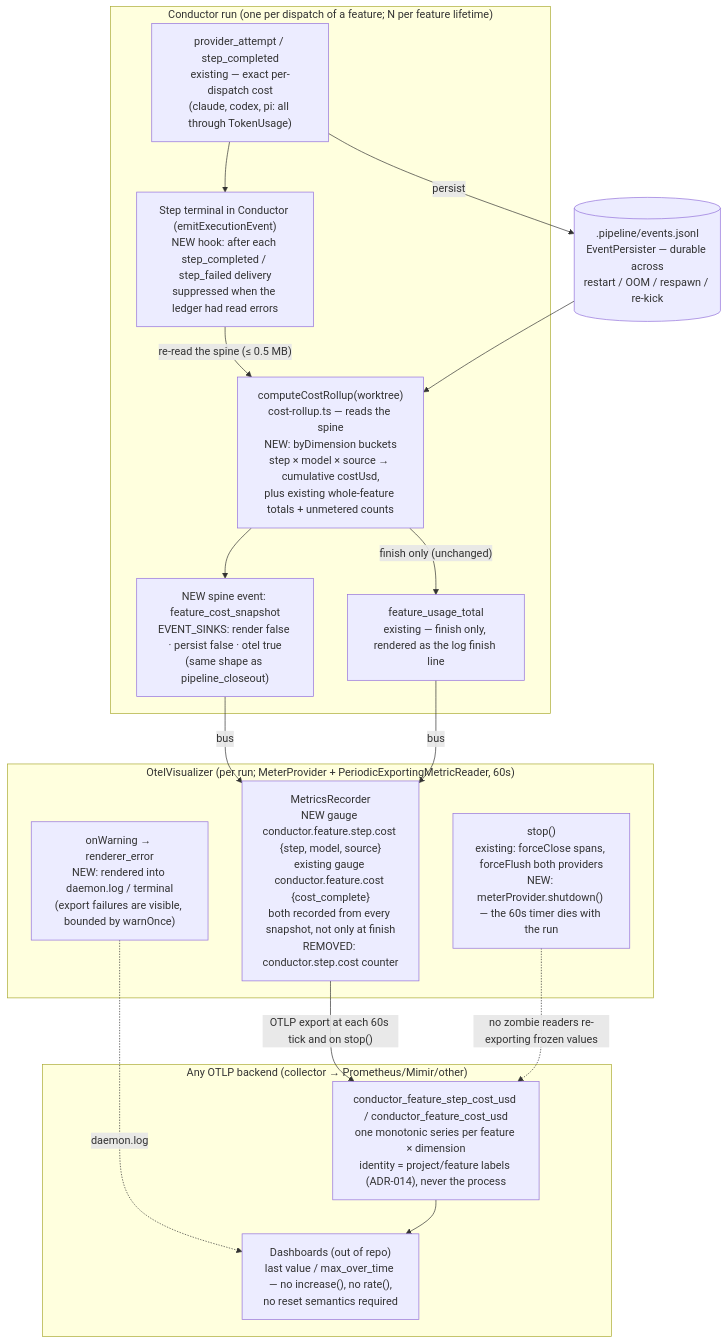
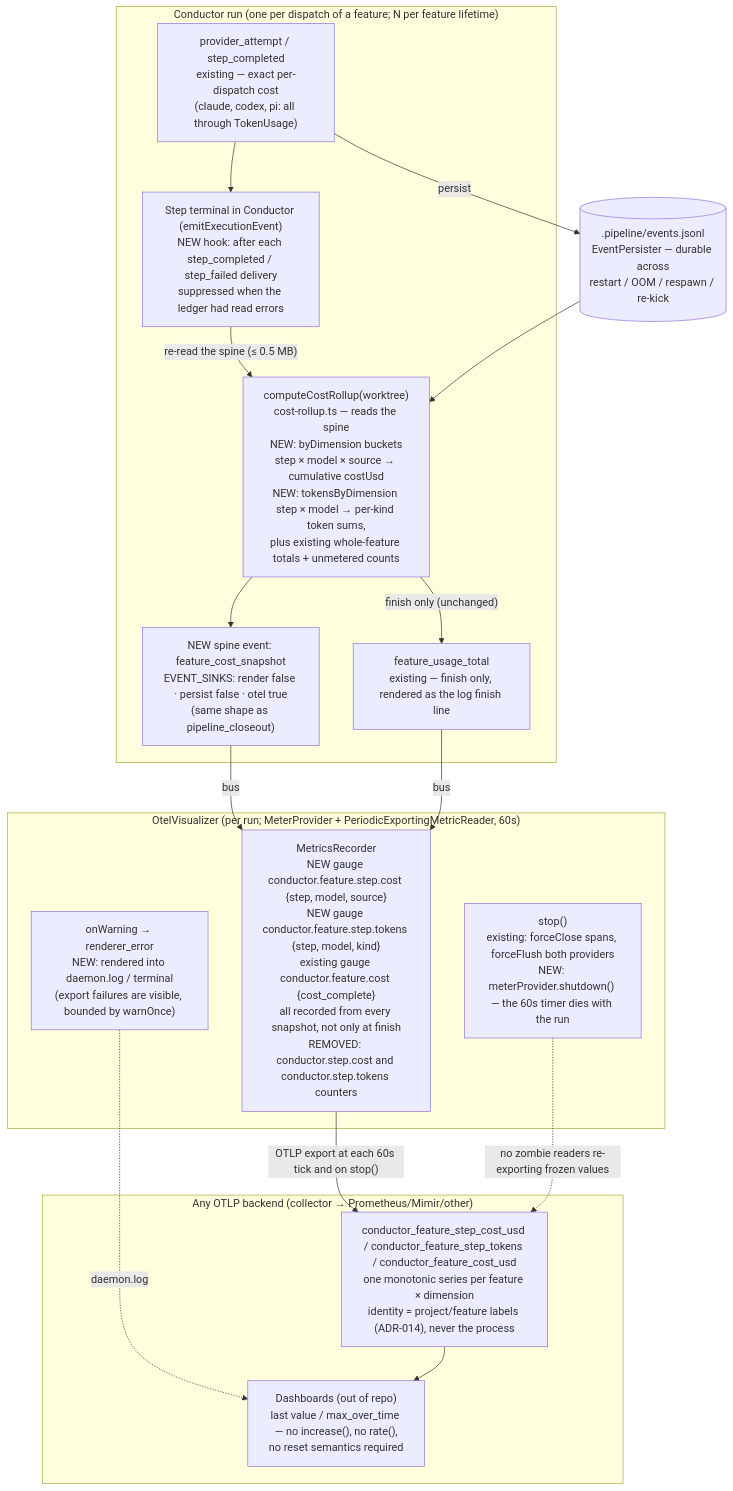
Before and after one commit to jstoup111/ai-conductor: the first of 2 diagrams in .docs/architecture/exported-step-cost-under-records-spend-20x-so-ever.md, drawn with Mermaid. The commit also changed other lines of this file and 7 other files, not shown here.

First line of the commit message:
spec: extend #2095 to token counts — tokensByDimension snapshot, conductor.feature.step.tokens gauge, step.tokens counter removed

````diff
--- a/.docs/architecture/exported-step-cost-under-records-spend-20x-so-ever.md
+++ b/.docs/architecture/exported-step-cost-under-records-spend-20x-so-ever.md
@@ -13,36 +13,36 @@
 ```mermaid
 graph TD
     subgraph Engine["Conductor run (one per dispatch of a feature; N per feature lifetime)"]
         PA["provider_attempt / step_completed<br/>existing — exact per-dispatch cost<br/>(claude, codex, pi: all through TokenUsage)"]
         SETTLE["Step terminal in Conductor (emitExecutionEvent)<br/>NEW hook: after each step_completed / step_failed delivery<br/>suppressed when the ledger had read errors"]
-        ROLLUP["computeCostRollup(worktree)<br/>cost-rollup.ts — reads the spine<br/>NEW: byDimension buckets<br/>step × model × source → cumulative costUsd,<br/>plus existing whole-feature totals + unmetered counts"]
+        ROLLUP["computeCostRollup(worktree)<br/>cost-rollup.ts — reads the spine<br/>NEW: byDimension buckets<br/>step × model × source → cumulative costUsd<br/>NEW: tokensByDimension step × model → per-kind token sums,<br/>plus existing whole-feature totals + unmetered counts"]
         SNAP["NEW spine event: feature_cost_snapshot<br/>EVENT_SINKS: render false · persist false · otel true<br/>(same shape as pipeline_closeout)"]
         FUT["feature_usage_total<br/>existing — finish only, rendered as the log finish line"]
     end
 
     SPINE[(".pipeline/events.jsonl<br/>EventPersister — durable across<br/>restart / OOM / respawn / re-kick")]
 
     subgraph Otel["OtelVisualizer (per run; MeterProvider + PeriodicExportingMetricReader, 60s)"]
-        REC["MetricsRecorder<br/>NEW gauge conductor.feature.step.cost {step, model, source}<br/>existing gauge conductor.feature.cost {cost_complete}<br/>both recorded from every snapshot, not only at finish<br/>REMOVED: conductor.step.cost counter"]
+        REC["MetricsRecorder<br/>NEW gauge conductor.feature.step.cost {step, model, source}<br/>NEW gauge conductor.feature.step.tokens {step, model, kind}<br/>existing gauge conductor.feature.cost {cost_complete}<br/>all recorded from every snapshot, not only at finish<br/>REMOVED: conductor.step.cost and conductor.step.tokens counters"]
         STOP["stop()<br/>existing: forceClose spans, forceFlush both providers<br/>NEW: meterProvider.shutdown() — the 60s timer dies with the run"]
         WARN["onWarning → renderer_error<br/>NEW: rendered into daemon.log / terminal<br/>(export failures are visible, bounded by warnOnce)"]
     end
 
     subgraph Backend["Any OTLP backend (collector → Prometheus/Mimir/other)"]
-        SERIES["conductor_feature_step_cost_usd / conductor_feature_cost_usd<br/>one monotonic series per feature × dimension<br/>identity = project/feature labels (ADR-014), never the process"]
+        SERIES["conductor_feature_step_cost_usd / conductor_feature_step_tokens / conductor_feature_cost_usd<br/>one monotonic series per feature × dimension<br/>identity = project/feature labels (ADR-014), never the process"]
         DASH["Dashboards (out of repo)<br/>last value / max_over_time — no increase(), no rate(),<br/>no reset semantics required"]
     end
 
     PA -->|"persist"| SPINE
     PA --> SETTLE
     SETTLE -->|"re-read the spine (≤ 0.5 MB)"| ROLLUP
     SPINE --> ROLLUP
     ROLLUP --> SNAP
     ROLLUP -->|"finish only (unchanged)"| FUT
     SNAP -->|"bus"| REC
     FUT -->|"bus"| REC
     REC -->|"OTLP export at each 60s tick and on stop()"| SERIES
     STOP -.->|"no zombie readers re-exporting frozen values"| SERIES
     WARN -.->|"daemon.log"| DASH
     SERIES --> DASH
 ```
````
